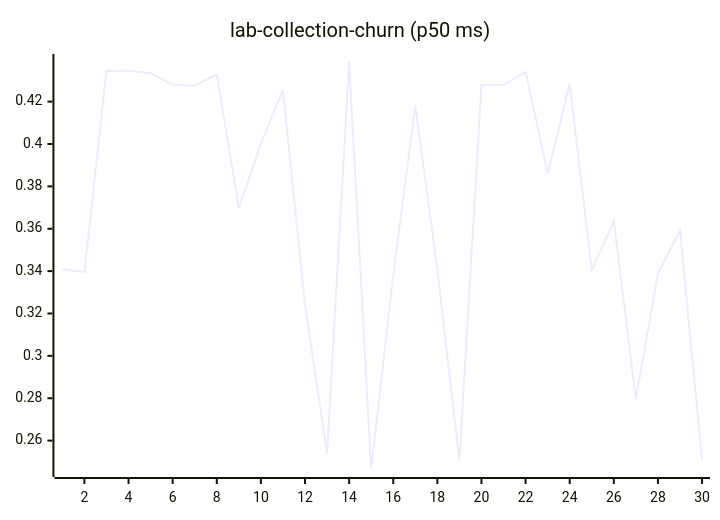
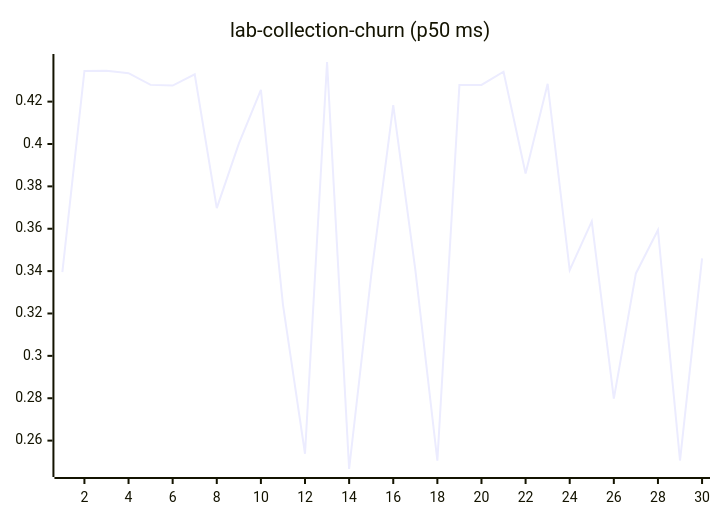
Diagram 11 of 27 in README.md (josha/Facet), drawn with Mermaid before and after one commit. The commit also changed other lines of this file and 2 other files, not shown here.

````diff
--- a/README.md
+++ b/README.md
@@ -133,6 +133,6 @@
 ```mermaid
 xychart-beta
     title "lab-collection-churn (p50 ms)"
     x-axis 1 --> 30
-    line [0.3409, 0.3395, 0.4345, 0.4346, 0.4334, 0.4279, 0.4276, 0.4329, 0.3697, 0.4002, 0.4255, 0.3242, 0.2538, 0.4387, 0.2466, 0.3379, 0.4183, 0.3407, 0.2505, 0.4278, 0.4279, 0.4341, 0.3861, 0.4284, 0.3405, 0.3635, 0.2798, 0.3389, 0.3594, 0.2506]
+    line [0.3395, 0.4345, 0.4346, 0.4334, 0.4279, 0.4276, 0.4329, 0.3697, 0.4002, 0.4255, 0.3242, 0.2538, 0.4387, 0.2466, 0.3379, 0.4183, 0.3407, 0.2505, 0.4278, 0.4279, 0.4341, 0.3861, 0.4284, 0.3405, 0.3635, 0.2798, 0.3389, 0.3594, 0.2506, 0.3460]
 ```
````
